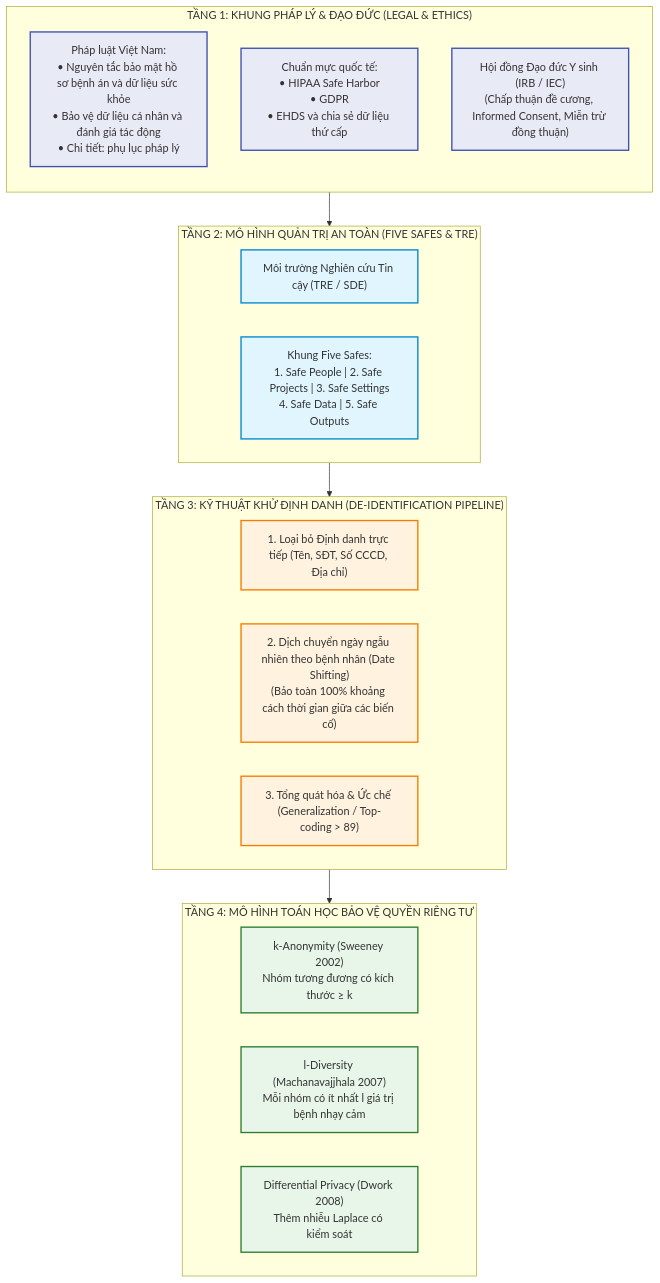
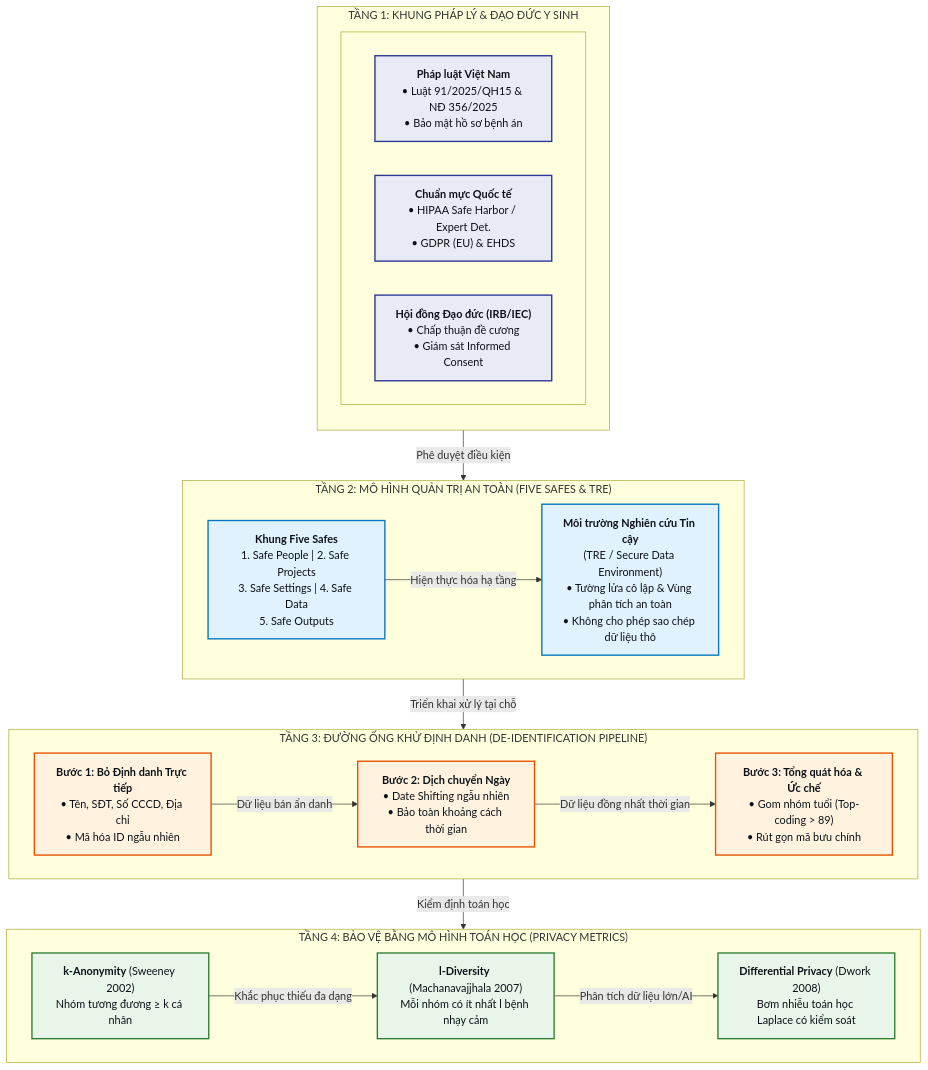
Before and after one commit to fossbk-spec/biomedical-rdm: the diagram in docs/chapters/ch05_privacy_and_deidentification.md, drawn with Mermaid. The commit also changed 4 other files, not shown here.

Commit message:
docs: import redesigned diagrams and Mermaid style guide draft (unreviewed baseline)

````diff
--- a/docs/chapters/ch05_privacy_and_deidentification.md
+++ b/docs/chapters/ch05_privacy_and_deidentification.md
@@ -33,40 +33,67 @@
 ```mermaid
 flowchart TD
-    subgraph LAW["TẦNG 1: KHUNG PHÁP LÝ & ĐẠO ĐỨC (LEGAL & ETHICS)"]
+    %% ==========================================
+    %% TẦNG 1: KHUNG PHÁP LÝ & ĐẠO ĐỨC
+    %% ==========================================
+    subgraph LAW["TẦNG 1: KHUNG PHÁP LÝ & ĐẠO ĐỨC Y SINH"]
         direction TB
-        VN["Pháp luật Việt Nam:<br/>• Nguyên tắc bảo mật hồ sơ bệnh án và dữ liệu sức khỏe<br/>• Bảo vệ dữ liệu cá nhân và đánh giá tác động<br/>• Chi tiết: phụ lục pháp lý"]
-        INT["Chuẩn mực quốc tế:<br/>• HIPAA Safe Harbor<br/>• GDPR<br/>• EHDS và chia sẻ dữ liệu thứ cấp"]
-        IRB["Hội đồng Đạo đức Y sinh (IRB / IEC)<br/>(Chấp thuận đề cương, Informed Consent, Miễn trừ đồng thuận)"]
+        subgraph LAW_CORES[" "]
+            direction LR
+            VN["<b>Pháp luật Việt Nam</b><br/>• Luật 91/2025/QH15 & NĐ 356/2025<br/>• Bảo mật hồ sơ bệnh án"]
+            INT["<b>Chuẩn mực Quốc tế</b><br/>• HIPAA Safe Harbor / Expert Det.<br/>• GDPR (EU) & EHDS"]
+            IRB["<b>Hội đồng Đạo đức (IRB/IEC)</b><br/>• Chấp thuận đề cương<br/>• Giám sát Informed Consent"]
+        end
     end
 
+    %% ==========================================
+    %% TẦNG 2: MÔ HÌNH QUẢN TRỊ AN TOÀN
+    %% ==========================================
     subgraph ARCH["TẦNG 2: MÔ HÌNH QUẢN TRỊ AN TOÀN (FIVE SAFES & TRE)"]
-        TRE["Môi trường Nghiên cứu Tin cậy (TRE / SDE)"]
-        FS["Khung Five Safes:<br/>1. Safe People | 2. Safe Projects | 3. Safe Settings<br/>4. Safe Data | 5. Safe Outputs"]
+        direction LR
+        FS["<b>Khung Five Safes</b><br/>1. Safe People | 2. Safe Projects<br/>3. Safe Settings | 4. Safe Data<br/>5. Safe Outputs"]
+        TRE["<b>Môi trường Nghiên cứu Tin cậy</b><br/>(TRE / Secure Data Environment)<br/>• Tường lửa cô lập & Vùng phân tích an toàn<br/>• Không cho phép sao chép dữ liệu thô"]
+        FS -->|"Hiện thực hóa hạ tầng"| TRE
     end
 
-    subgraph TECH["TẦNG 3: KỸ THUẬT KHỬ ĐỊNH DANH (DE-IDENTIFICATION PIPELINE)"]
-        DIRECT["1. Loại bỏ Định danh trực tiếp (Tên, SĐT, Số CCCD, Địa chỉ)"]
-        SHIFT["2. Dịch chuyển ngày ngẫu nhiên theo bệnh nhân (Date Shifting)<br/>(Bảo toàn 100% khoảng cách thời gian giữa các biến cố)"]
-        GEN["3. Tổng quát hóa & Ức chế (Generalization / Top-coding > 89)"]
+    %% ==========================================
+    %% TẦNG 3: PIPELINE KHỬ ĐỊNH DANH
+    %% ==========================================
+    subgraph TECH["TẦNG 3: ĐƯỜNG ỐNG KHỬ ĐỊNH DANH (DE-IDENTIFICATION PIPELINE)"]
+        direction LR
+        STEP1["<b>Bước 1: Bỏ Định danh Trực tiếp</b><br/>• Tên, SĐT, Số CCCD, Địa chỉ<br/>• Mã hóa ID ngẫu nhiên"]
+        STEP2["<b>Bước 2: Dịch chuyển Ngày</b><br/>• Date Shifting ngẫu nhiên<br/>• Bảo toàn khoảng cách thời gian"]
+        STEP3["<b>Bước 3: Tổng quát hóa & Ức chế</b><br/>• Gom nhóm tuổi (Top-coding > 89)<br/>• Rút gọn mã bưu chính"]
+        
+        STEP1 -->|"Dữ liệu bán ẩn danh"| STEP2
+        STEP2 -->|"Dữ liệu đồng nhất thời gian"| STEP3
     end
 
-    subgraph MATH["TẦNG 4: MÔ HÌNH TOÁN HỌC BẢO VỆ QUYỀN RIÊNG TƯ"]
-        KANON["k-Anonymity (Sweeney 2002)<br/>Nhóm tương đương có kích thước ≥ k"]
-        LDIV["l-Diversity (Machanavajjhala 2007)<br/>Mỗi nhóm có ít nhất l giá trị bệnh nhạy cảm"]
-        DIFF["Differential Privacy (Dwork 2008)<br/>Thêm nhiễu Laplace có kiểm soát"]
+    %% ==========================================
+    %% TẦNG 4: BẢO VỆ TOÁN HỌC
+    %% ==========================================
+    subgraph MATH["TẦNG 4: BẢO VỆ BẰNG MÔ HÌNH TOÁN HỌC (PRIVACY METRICS)"]
+        direction LR
+        KANON["<b>k-Anonymity</b> (Sweeney 2002)<br/>Nhóm tương đương ≥ k cá nhân"]
+        LDIV["<b>l-Diversity</b> (Machanavajjhala 2007)<br/>Mỗi nhóm có ít nhất l bệnh nhạy cảm"]
+        DIFF["<b>Differential Privacy</b> (Dwork 2008)<br/>Bơm nhiễu toán học Laplace có kiểm soát"]
+        
+        KANON -->|"Khắc phục thiếu đa dạng"| LDIV
+        LDIV -->|"Phân tích dữ liệu lớn/AI"| DIFF
     end
 
-    LAW --> ARCH
-    ARCH --> TECH
-    TECH --> MATH
+    %% LIÊN KẾT NODE-TO-NODE CHUẨN XÁC
+    IRB -->|"Phê duyệt điều kiện"| FS
+    TRE -->|"Triển khai xử lý tại chỗ"| STEP1
+    STEP3 -->|"Kiểm định toán học"| KANON
 
-    classDef law fill:#e8eaf6,stroke:#3f51b5,stroke-width:2px;
-    classDef arch fill:#e1f5fe,stroke:#0288d1,stroke-width:2px;
-    classDef tech fill:#fff3e0,stroke:#f57c00,stroke-width:2px;
-    classDef math fill:#e8f5e9,stroke:#2e7d32,stroke-width:2px;
+    %% MÀU SẮC ĐỘ TƯƠNG PHẢN CAO CHO DARK/LIGHT MODE
+    classDef lawStyle fill:#E8EAF6,stroke:#283593,stroke-width:2px,color:#0D1117;
+    classDef archStyle fill:#E0F2FE,stroke:#0277BD,stroke-width:2px,color:#0D1117;
+    classDef techStyle fill:#FFF3E0,stroke:#E65100,stroke-width:2px,color:#0D1117;
+    classDef mathStyle fill:#E8F5E9,stroke:#2E7D32,stroke-width:2px,color:#0D1117;
 
-    class VN,INT,IRB law;
-    class TRE,FS arch;
-    class DIRECT,SHIFT,GEN tech;
-    class KANON,LDIV,DIFF math;
+    class VN,INT,IRB lawStyle;
+    class FS,TRE archStyle;
+    class STEP1,STEP2,STEP3 techStyle;
+    class KANON,LDIV,DIFF mathStyle;
 ```
````
